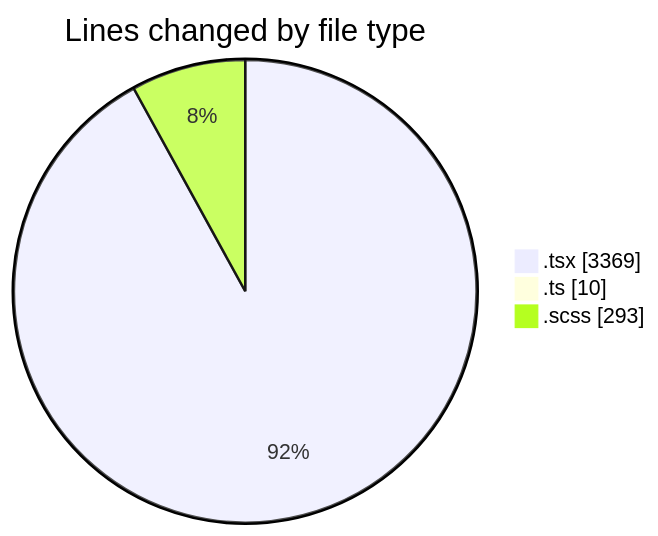
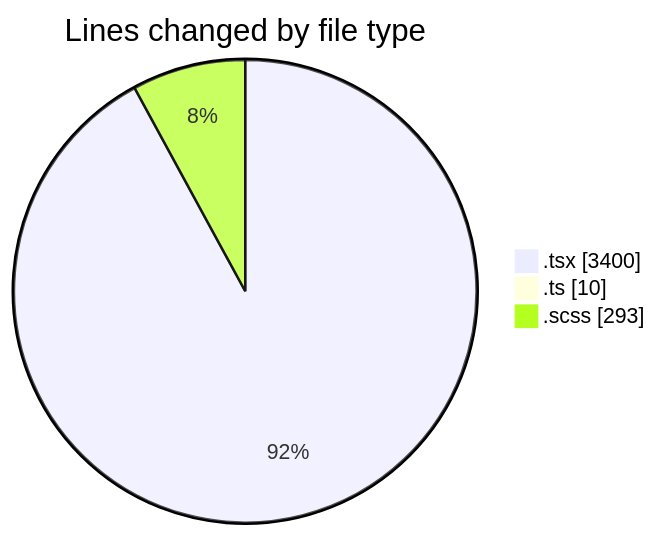
One commit to momahboobian/code-tracking changed the first of 2 diagrams in 2025-11-17/cda/README.md. Above: the diagram before and after it, drawn with Mermaid. The commit also changed other lines of this file and 1 other file, not shown here.

````diff
--- a/2025-11-17/cda/README.md
+++ b/2025-11-17/cda/README.md
@@ -27,7 +27,7 @@
 ```mermaid
 pie showData
 title Lines changed by file type
-".tsx" : 3369
+".tsx" : 3400
 ".ts" : 10
 ".scss" : 293
 ```
````
